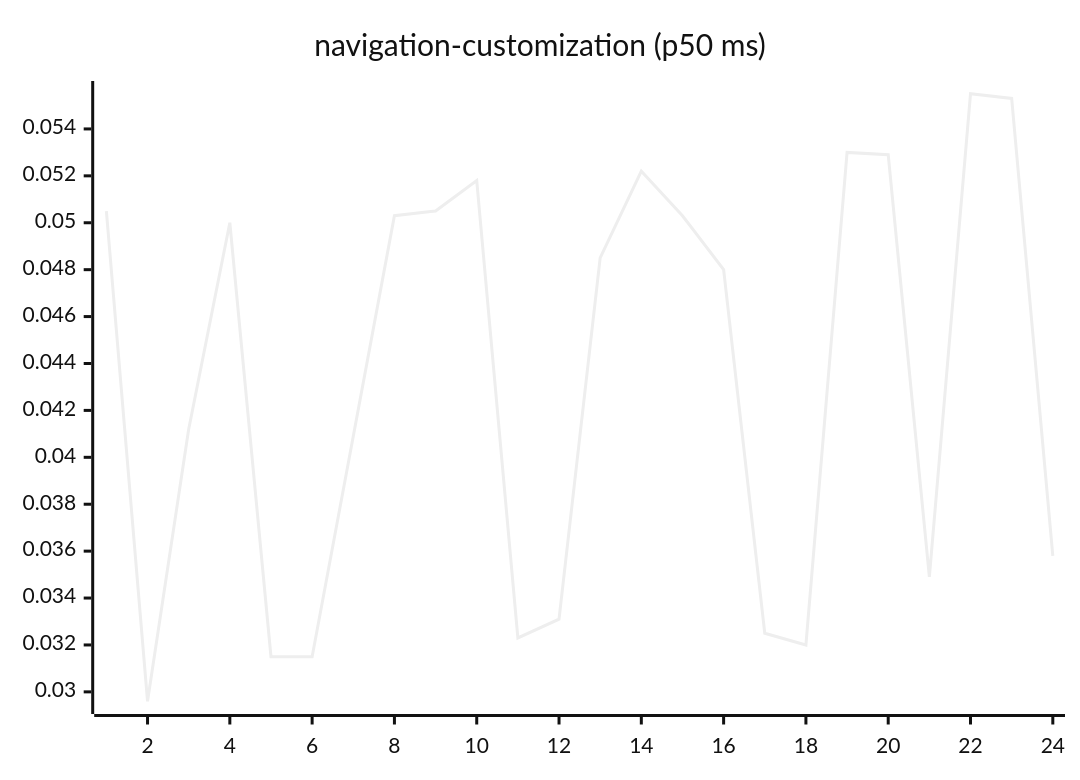
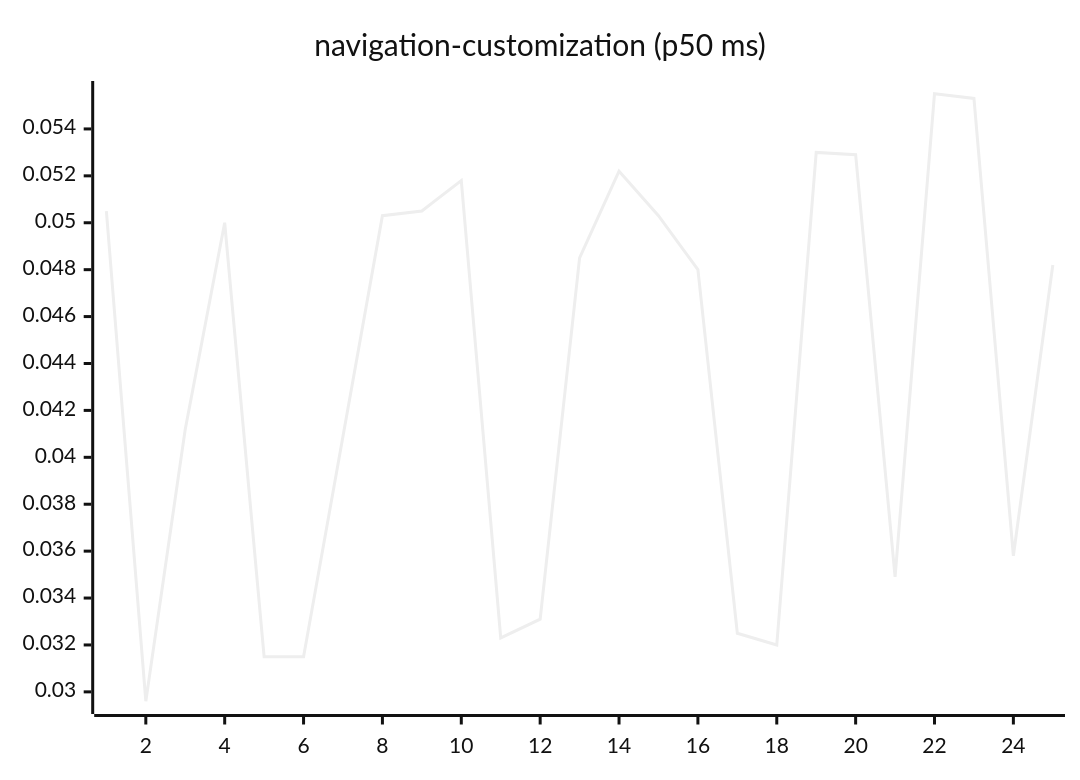
One commit to josha/Facet changed diagram 15 of 27 in README.md. Above: the diagram before and after it, drawn with Mermaid (neutral theme). The commit also changed other lines of this file and 2 other files, not shown here.

````diff
--- a/README.md
+++ b/README.md
@@ -161,6 +161,6 @@
 ```mermaid
 xychart-beta
     title "navigation-customization (p50 ms)"
-    x-axis 1 --> 24
-    line [0.0505, 0.0296, 0.0412, 0.0500, 0.0315, 0.0315, 0.0409, 0.0503, 0.0505, 0.0518, 0.0323, 0.0331, 0.0485, 0.0522, 0.0503, 0.0480, 0.0325, 0.0320, 0.0530, 0.0529, 0.0349, 0.0555, 0.0553, 0.0358]
+    x-axis 1 --> 25
+    line [0.0505, 0.0296, 0.0412, 0.0500, 0.0315, 0.0315, 0.0409, 0.0503, 0.0505, 0.0518, 0.0323, 0.0331, 0.0485, 0.0522, 0.0503, 0.0480, 0.0325, 0.0320, 0.0530, 0.0529, 0.0349, 0.0555, 0.0553, 0.0358, 0.0482]
 ```
````
